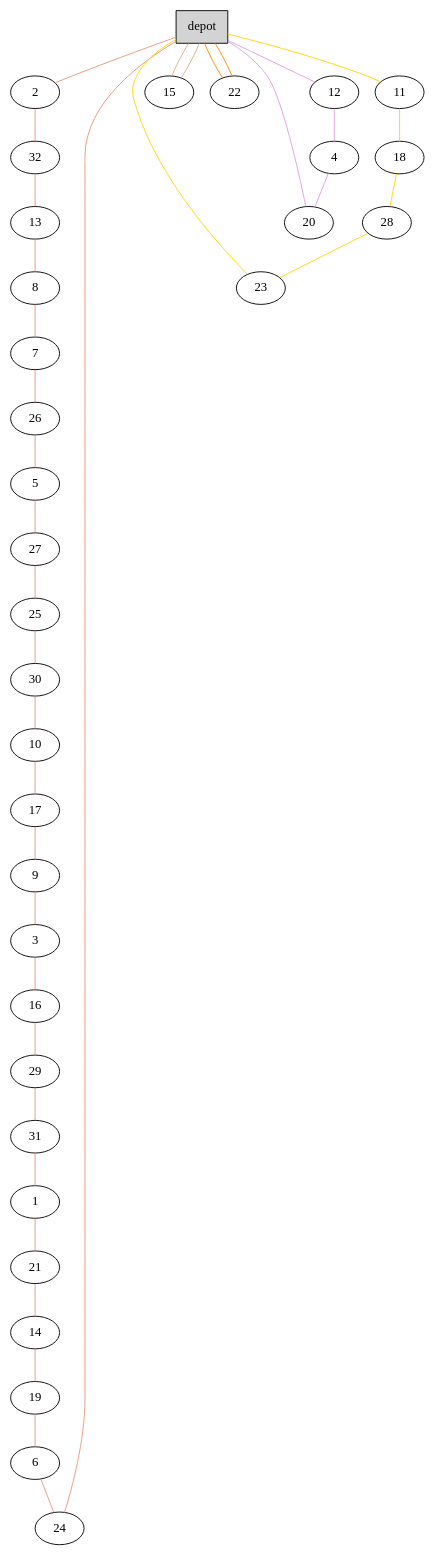
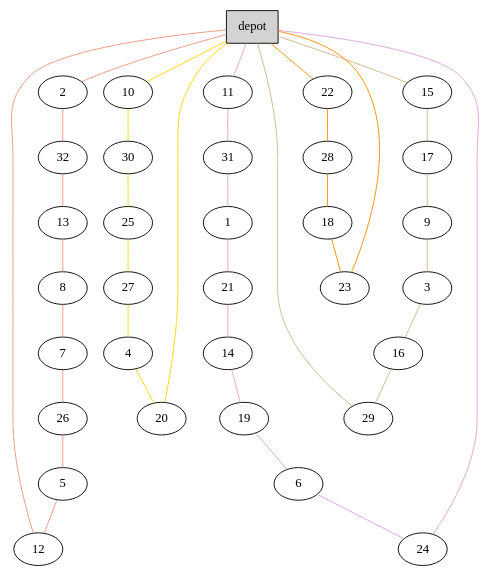
Before and after one commit to akheireddine/MAOA: the diagram in Instances/A/A-n33-k5_G.dot, drawn with Graphviz. The commit also changed 141 other files, not shown here.

```diff
--- a/Instances/A/A-n33-k5_G.dot
+++ b/Instances/A/A-n33-k5_G.dot
@@ -1,72 +1,72 @@
 graph G {
   0[shape = box, label = "depot", style = filled ];
   2[shape = ellipse];
   "0"--"2"[color = darksalmon];
   32[shape = ellipse];
   "2"--"32"[color = darksalmon];
   13[shape = ellipse];
   "32"--"13"[color = darksalmon];
   8[shape = ellipse];
   "13"--"8"[color = darksalmon];
   7[shape = ellipse];
   "8"--"7"[color = darksalmon];
   26[shape = ellipse];
   "7"--"26"[color = darksalmon];
   5[shape = ellipse];
   "26"--"5"[color = darksalmon];
+  12[shape = ellipse];
+  "5"--"12"[color = darksalmon];
+  "12"--"0"[color = darksalmon];
+  10[shape = ellipse];
+  "0"--"10"[color = gold];
+  30[shape = ellipse];
+  "10"--"30"[color = gold];
+  25[shape = ellipse];
+  "30"--"25"[color = gold];
   27[shape = ellipse];
-  "5"--"27"[color = darksalmon];
-  25[shape = ellipse];
-  "27"--"25"[color = darksalmon];
-  30[shape = ellipse];
-  "25"--"30"[color = darksalmon];
-  10[shape = ellipse];
-  "30"--"10"[color = darksalmon];
-  17[shape = ellipse];
-  "10"--"17"[color = darksalmon];
-  9[shape = ellipse];
-  "17"--"9"[color = darksalmon];
-  3[shape = ellipse];
-  "9"--"3"[color = darksalmon];
-  16[shape = ellipse];
-  "3"--"16"[color = darksalmon];
-  29[shape = ellipse];
-  "16"--"29"[color = darksalmon];
+  "25"--"27"[color = gold];
+  4[shape = ellipse];
+  "27"--"4"[color = gold];
+  20[shape = ellipse];
+  "4"--"20"[color = gold];
+  "20"--"0"[color = gold];
+  11[shape = ellipse];
+  "0"--"11"[color = plum];
   31[shape = ellipse];
-  "29"--"31"[color = darksalmon];
+  "11"--"31"[color = plum];
   1[shape = ellipse];
-  "31"--"1"[color = darksalmon];
+  "31"--"1"[color = plum];
   21[shape = ellipse];
-  "1"--"21"[color = darksalmon];
+  "1"--"21"[color = plum];
   14[shape = ellipse];
-  "21"--"14"[color = darksalmon];
+  "21"--"14"[color = plum];
   19[shape = ellipse];
-  "14"--"19"[color = darksalmon];
+  "14"--"19"[color = plum];
   6[shape = ellipse];
-  "19"--"6"[color = darksalmon];
+  "19"--"6"[color = plum];
   24[shape = ellipse];
-  "6"--"24"[color = darksalmon];
-  "24"--"0"[color = darksalmon];
-  11[shape = ellipse];
-  "0"--"11"[color = gold];
-  18[shape = ellipse];
-  "11"--"18"[color = gold];
-  28[shape = ellipse];
-  "18"--"28"[color = gold];
-  23[shape = ellipse];
-  "28"--"23"[color = gold];
-  "23"--"0"[color = gold];
-  12[shape = ellipse];
-  "0"--"12"[color = plum];
-  4[shape = ellipse];
-  "12"--"4"[color = plum];
-  20[shape = ellipse];
-  "4"--"20"[color = plum];
-  "20"--"0"[color = plum];
+  "6"--"24"[color = plum];
+  "24"--"0"[color = plum];
   15[shape = ellipse];
   "0"--"15"[color = tan];
-  "15"--"0"[color = tan];
+  17[shape = ellipse];
+  "15"--"17"[color = tan];
+  9[shape = ellipse];
+  "17"--"9"[color = tan];
+  3[shape = ellipse];
+  "9"--"3"[color = tan];
+  16[shape = ellipse];
+  "3"--"16"[color = tan];
+  29[shape = ellipse];
+  "16"--"29"[color = tan];
+  "29"--"0"[color = tan];
   22[shape = ellipse];
   "0"--"22"[color = darkorange];
-  "22"--"0"[color = darkorange];
+  28[shape = ellipse];
+  "22"--"28"[color = darkorange];
+  18[shape = ellipse];
+  "28"--"18"[color = darkorange];
+  23[shape = ellipse];
+  "18"--"23"[color = darkorange];
+  "23"--"0"[color = darkorange];
 }
```
